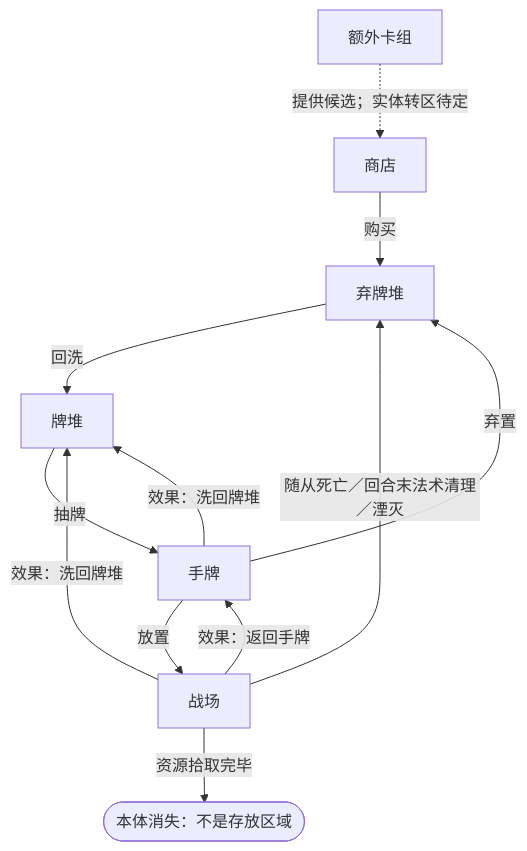
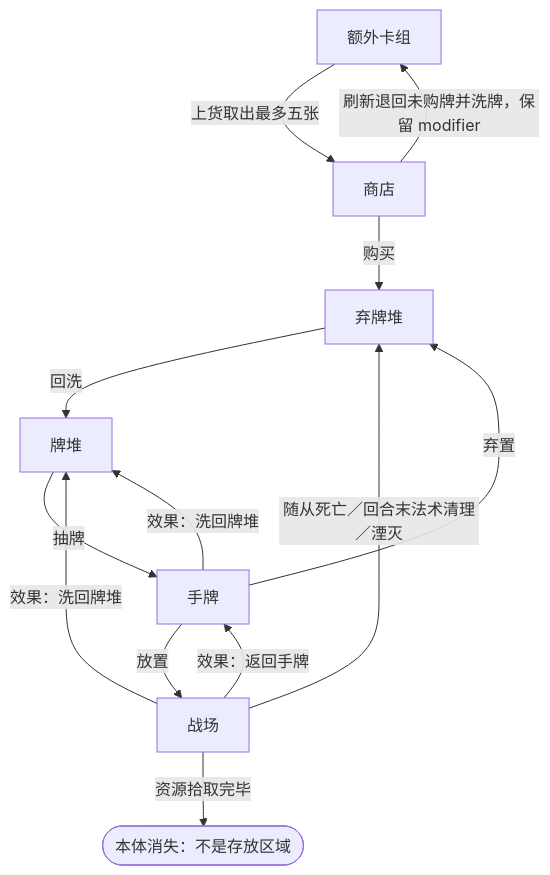
Before and after one commit to Time-Block-Hero/tbh-website: the first of 3 diagrams in docs/rules/common/elements.md, drawn with Mermaid. The commit also changed other lines of this file and 24 other files, not shown here.

````diff
--- a/docs/rules/common/elements.md
+++ b/docs/rules/common/elements.md
@@ -181,14 +183,15 @@
 ```mermaid
 flowchart TD
-  extra["额外卡组"] -. "提供候选；实体转区待定" .-> shop["商店"]
+  extra["额外卡组"] -->|上货取出最多五张| shop["商店"]
+  shop -->|刷新退回未购牌并洗牌，保留 modifier| extra
   shop -->|购买| discard["弃牌堆"]
   discard -->|回洗| deck["牌堆"]
   deck -->|抽牌| hand["手牌"]
   hand -->|放置| field["战场"]
   hand -->|弃置| discard
   field -->|随从死亡／回合末法术清理／湮灭| discard
   field -->|效果：返回手牌| hand
   hand -->|效果：洗回牌堆| deck
   field -->|效果：洗回牌堆| deck
   field -->|资源拾取完毕| gone(["本体消失：不是存放区域"])
 ```
````
